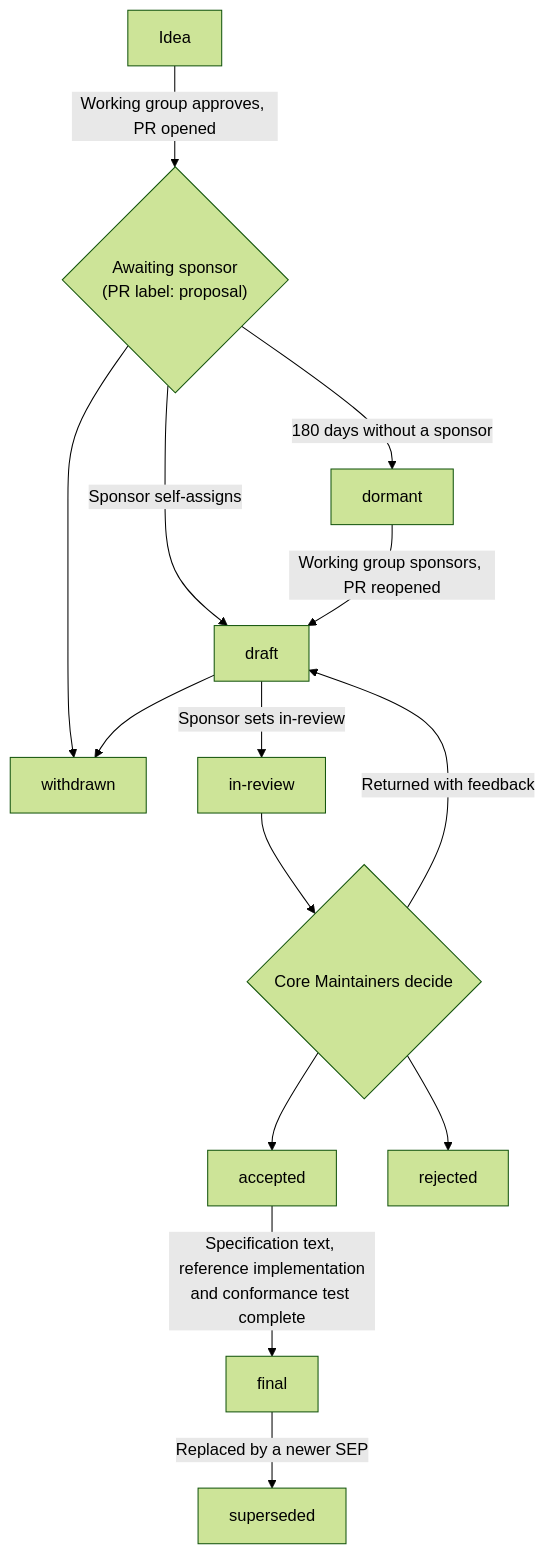
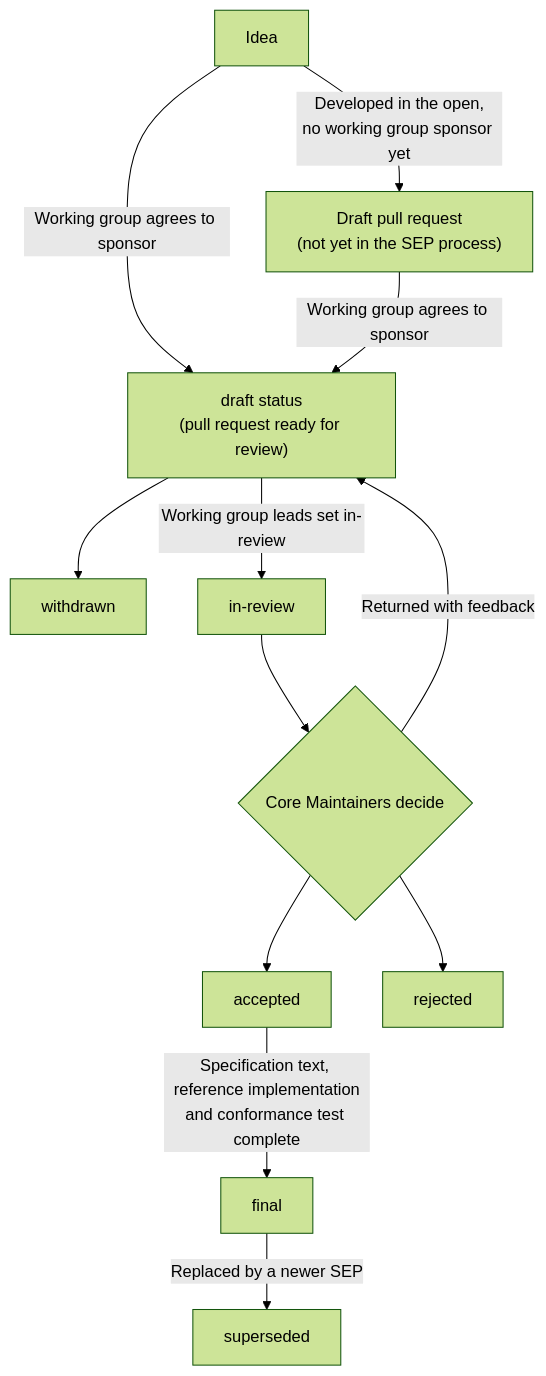
The diagram in docs/community/sep-guidelines.mdx (modelcontextprotocol/modelcontextprotocol), drawn with Mermaid (forest theme) before and after one commit. The commit also changed other lines of this file and 7 other files, not shown here.

Commit message:
docs: replace proposal and dormant states with draft pull requests and an inactivity close

````diff
--- a/docs/community/sep-guidelines.mdx
+++ b/docs/community/sep-guidelines.mdx
@@ -43,28 +43,25 @@
 ```mermaid
 flowchart TD
     Idea["Idea"]
-    Awaiting{"Awaiting sponsor<br/>(PR label: proposal)"}
-    Draft["draft"]
-    Dormant["dormant"]
+    DraftPR["Draft pull request<br/>(not yet in the SEP process)"]
+    Draft["draft status<br/>(pull request ready for review)"]
     Withdrawn["withdrawn"]
     InReview["in-review"]
     Decision{"Core Maintainers decide"}
     Accepted["accepted"]
     Rejected["rejected"]
     Final["final"]
     Superseded["superseded"]
 
-    Idea -->|"Working group approves, PR opened"| Awaiting
-    Awaiting -->|"Sponsor self-assigns"| Draft
-    Awaiting -->|"180 days without a sponsor"| Dormant
-    Dormant -->|"Working group sponsors, PR reopened"| Draft
-    Awaiting --> Withdrawn
+    Idea -->|"Developed in the open,<br/>no working group sponsor yet"| DraftPR
+    Idea -->|"Working group agrees to sponsor"| Draft
+    DraftPR -->|"Working group agrees to sponsor"| Draft
     Draft --> Withdrawn
-    Draft -->|"Sponsor sets in-review"| InReview
+    Draft -->|"Working group leads set in-review"| InReview
     InReview --> Decision
     Decision --> Accepted
     Decision --> Rejected
     Decision -->|"Returned with feedback"| Draft
     Accepted -->|"Specification text, reference implementation<br/>and conformance test complete"| Final
     Final -->|"Replaced by a newer SEP"| Superseded
 ```
````
